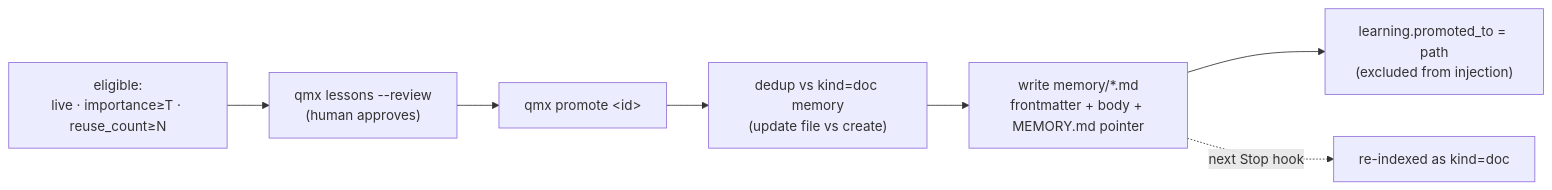
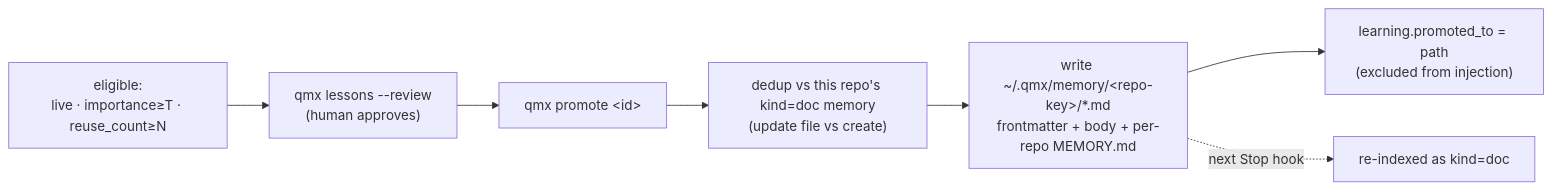
Before and after one commit to the-dsvolk/qmx: the second of 2 diagrams in plan/qmx-learnings.md, drawn with Mermaid. The commit also changed other lines of this file, not shown here.

First line of the commit message:
docs(plan): per-repo isolated memory store (keyed by git remote)

````diff
--- a/plan/qmx-learnings.md
+++ b/plan/qmx-learnings.md
@@ -174,9 +205,9 @@
 ```mermaid
 flowchart LR
   E["eligible:<br/>live · importance≥T · reuse_count≥N"] --> R["qmx lessons --review<br/>(human approves)"]
   R --> P["qmx promote &lt;id&gt;"]
-  P --> D["dedup vs kind=doc memory<br/>(update file vs create)"]
-  D --> W["write memory/*.md<br/>frontmatter + body + MEMORY.md pointer"]
+  P --> D["dedup vs this repo's kind=doc memory<br/>(update file vs create)"]
+  D --> W["write ~/.qmx/memory/&lt;repo-key&gt;/*.md<br/>frontmatter + body + per-repo MEMORY.md"]
   W --> S["learning.promoted_to = path<br/>(excluded from injection)"]
   W -. "next Stop hook" .-> IDX["re-indexed as kind=doc"]
 ```
````
